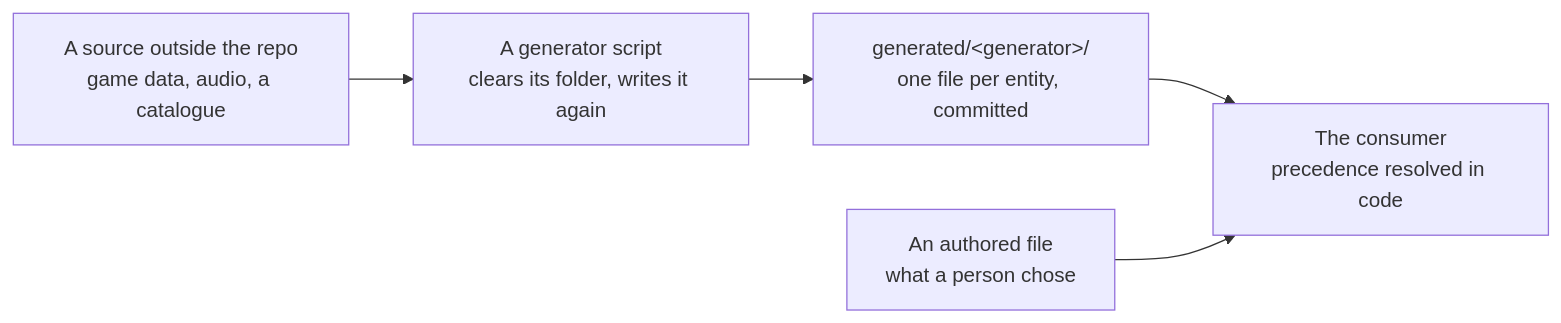
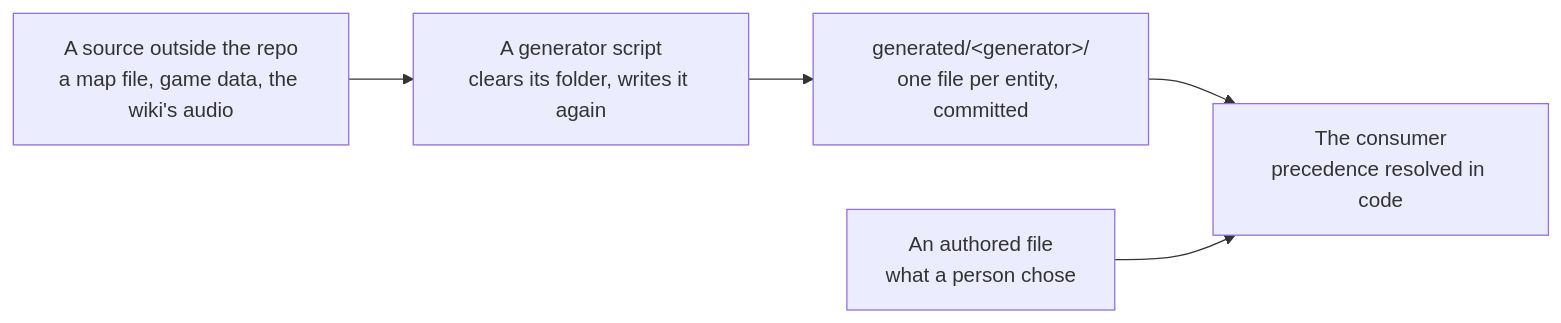
Before and after one commit to Esposter/Esposter: the diagram in apps/web/content/docs/architecture/generated-artifacts.md, drawn with Mermaid. The commit also changed other lines of this file and 17 other files, not shown here.

````diff
--- a/apps/web/content/docs/architecture/generated-artifacts.md
+++ b/apps/web/content/docs/architecture/generated-artifacts.md
@@ -31,11 +32,11 @@
 ```mermaid
 flowchart LR
-    Source["A source outside the repo<br/>game data, audio, a catalogue"]
+    Source["A source outside the repo<br/>a map file, game data, the wiki's audio"]
     Generator["A generator script<br/>clears its folder, writes it again"]
     Generated["generated/&lt;generator&gt;/<br/>one file per entity, committed"]
     Authored["An authored file<br/>what a person chose"]
     Consumer["The consumer<br/>precedence resolved in code"]
 
     Source --> Generator --> Generated --> Consumer
     Authored --> Consumer
 ```
````
